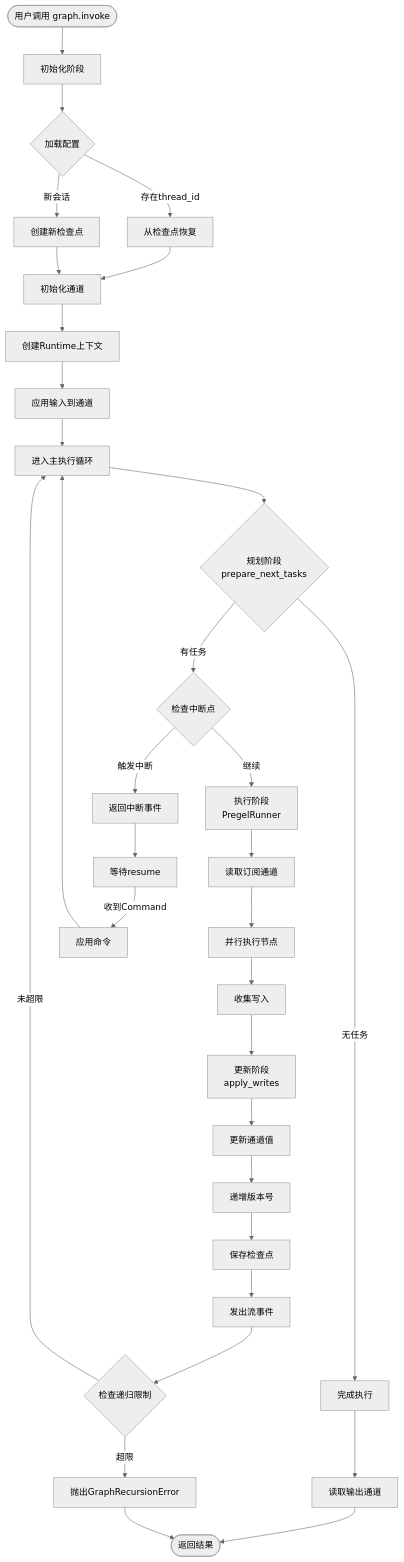
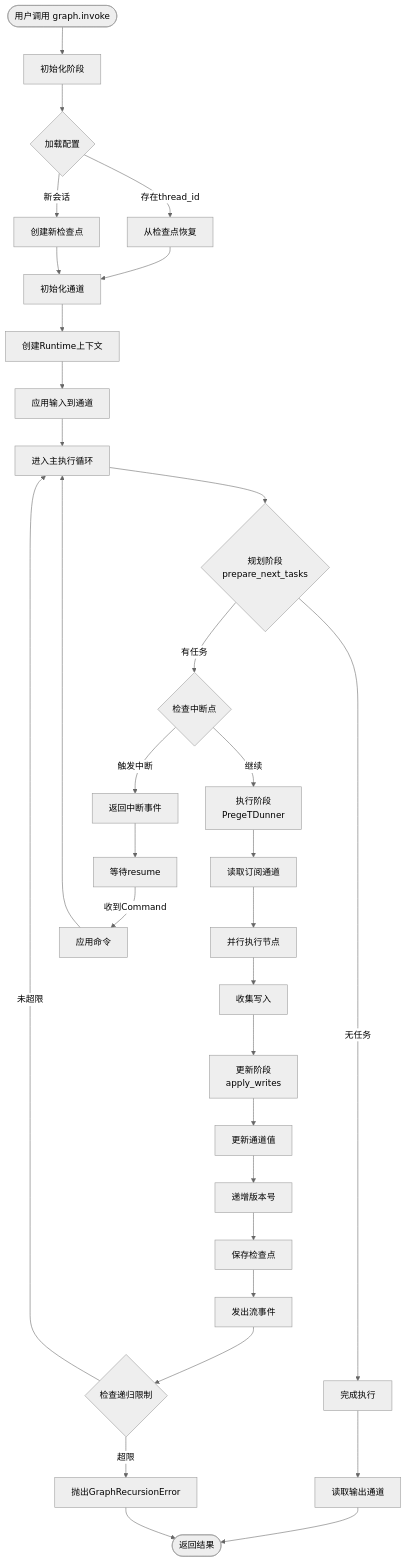
One commit to Forcandy/langgraph changed the fourth of 19 diagrams in LANGGRAPH_TECHNICAL_DOCUMENTATION.md. Above: the diagram before and after it, drawn with Mermaid (neutral theme). The commit also changed other lines of this file, not shown here.

Commit message:
optimize mermaid

````diff
--- a/LANGGRAPH_TECHNICAL_DOCUMENTATION.md
+++ b/LANGGRAPH_TECHNICAL_DOCUMENTATION.md
@@ -1315,45 +1315,45 @@
 ```mermaid
 flowchart TD
     Start([用户调用 graph.invoke]) --> Init[初始化阶段]
     
     Init --> LoadConfig{加载配置}
     LoadConfig --> |存在thread_id| LoadCheckpoint[从检查点恢复]
     LoadConfig --> |新会话| CreateCheckpoint[创建新检查点]
     
     LoadCheckpoint --> InitChannels[初始化通道]
     CreateCheckpoint --> InitChannels
     
     InitChannels --> CreateRuntime[创建Runtime上下文]
     CreateRuntime --> ApplyInput[应用输入到通道]
     ApplyInput --> MainLoop[进入主执行循环]
     
     MainLoop --> Plan{规划阶段<br/>prepare_next_tasks}
     Plan --> |无任务| Finish[完成执行]
     Plan --> |有任务| CheckInterrupt{检查中断点}
     
     CheckInterrupt --> |触发中断| Interrupt[返回中断事件]
-    CheckInterrupt --> |继续| Execute[执行阶段<br/>PregelRunner]
+    CheckInterrupt --> |继续| Execute[执行阶段<br/>PregeTDunner]
     
     Execute --> ReadChannels[读取订阅通道]
     ReadChannels --> RunNodes[并行执行节点]
     RunNodes --> CollectWrites[收集写入]
     
     CollectWrites --> Update[更新阶段<br/>apply_writes]
     Update --> UpdateChannels[更新通道值]
     UpdateChannels --> IncrementVersions[递增版本号]
     IncrementVersions --> SaveCheckpoint[保存检查点]
     SaveCheckpoint --> EmitEvents[发出流事件]
     
     EmitEvents --> CheckRecursion{检查递归限制}
     CheckRecursion --> |超限| Error[抛出GraphRecursionError]
     CheckRecursion --> |未超限| MainLoop
     
     Finish --> ReadOutput[读取输出通道]
     ReadOutput --> Return([返回结果])
     
     Interrupt --> WaitResume[等待resume]
     WaitResume --> |收到Command| ApplyCommand[应用命令]
     ApplyCommand --> MainLoop
     
     Error --> Return
 ```
````
